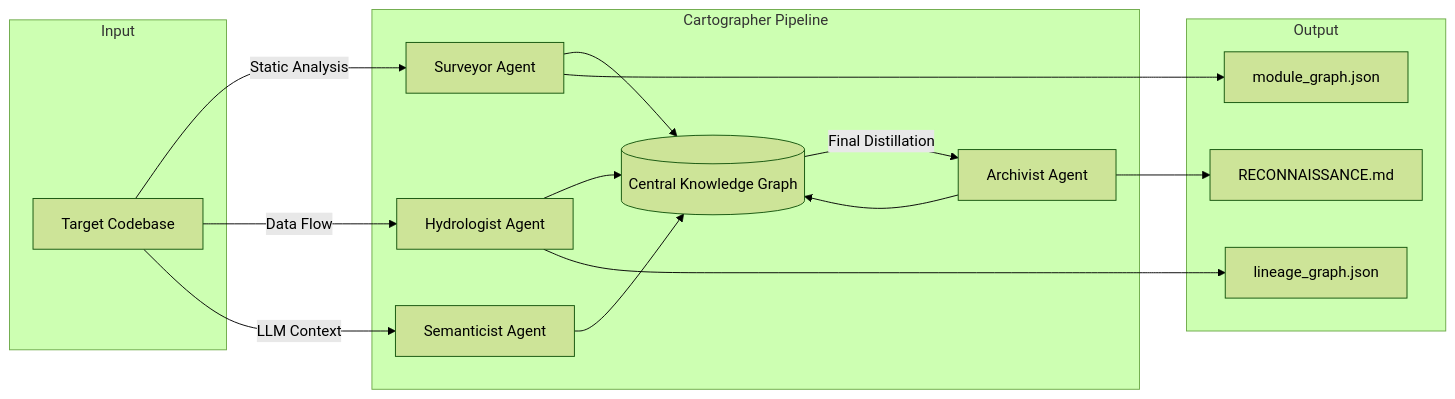
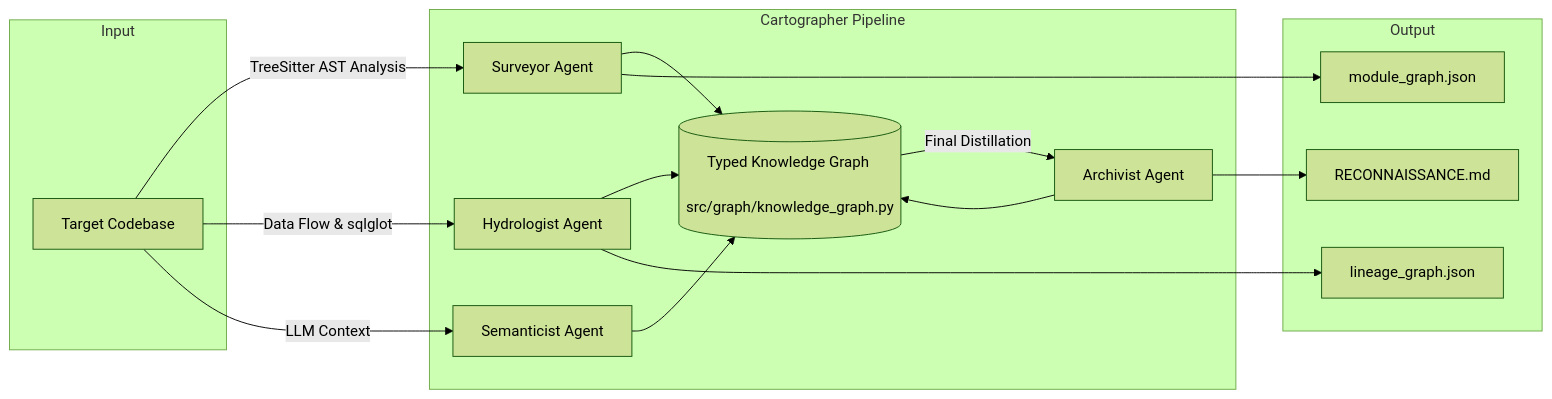
The diagram in interim_report.md (ruthasoll/The-Brownfield-Cartographer), drawn with Mermaid (forest theme) before and after one commit. The commit also changed other lines of this file and 22 other files, not shown here.

````diff
--- a/interim_report.md
+++ b/interim_report.md
@@ -41,29 +16,29 @@
 ```mermaid
 graph LR
     subgraph Input
         CB[Target Codebase]
     end
 
     subgraph "Cartographer Pipeline"
         S[Surveyor Agent] --> KG
         H[Hydrologist Agent] --> KG
         SEM[Semanticist Agent] --> KG
         A[Archivist Agent] --> KG
         
-        KG[(Central Knowledge Graph)]
+        KG[(Typed Knowledge Graph <br/> src/graph/knowledge_graph.py)]
     end
 
     subgraph Output
         AR[RECONNAISSANCE.md]
         MG[module_graph.json]
         LG[lineage_graph.json]
     end
 
-    CB -- "Static Analysis" --> S
-    CB -- "Data Flow" --> H
+    CB -- "TreeSitter AST Analysis" --> S
+    CB -- "Data Flow & sqlglot" --> H
     CB -- "LLM Context" --> SEM
     KG -- "Final Distillation" --> A
     A --> AR
     S --> MG
     H --> LG
 ```
````
